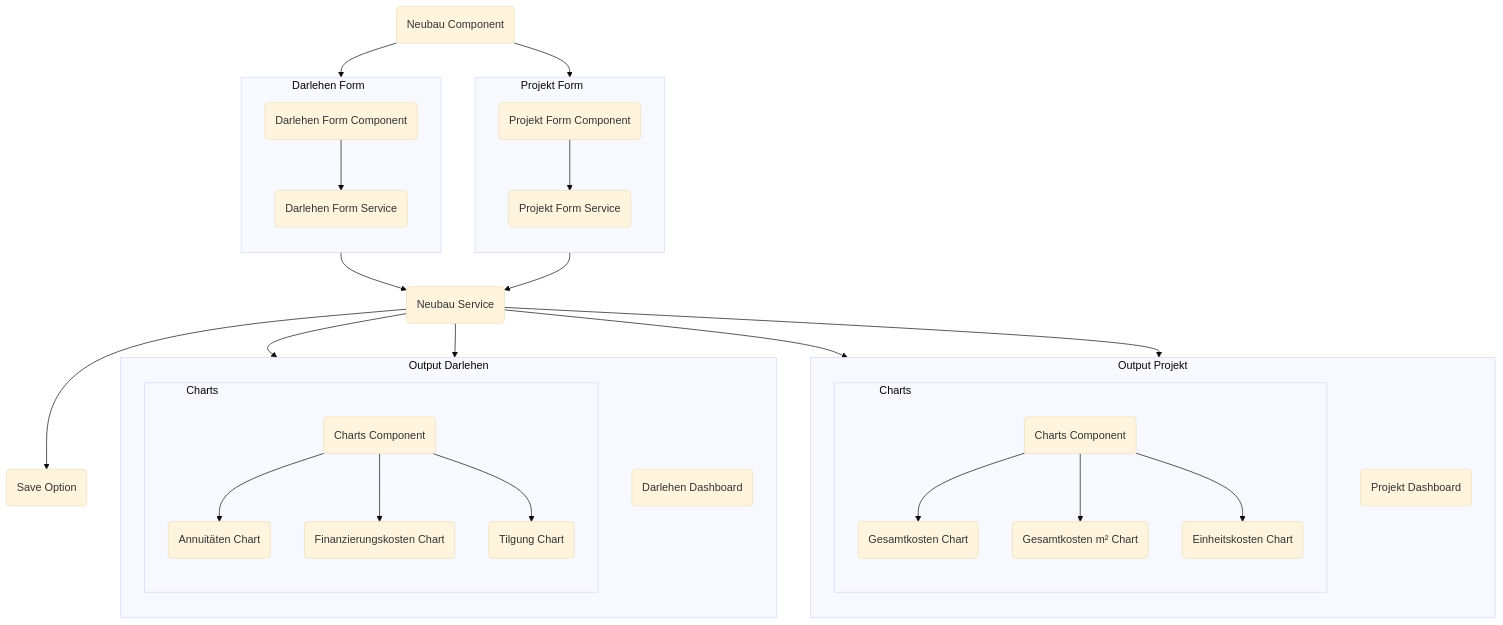
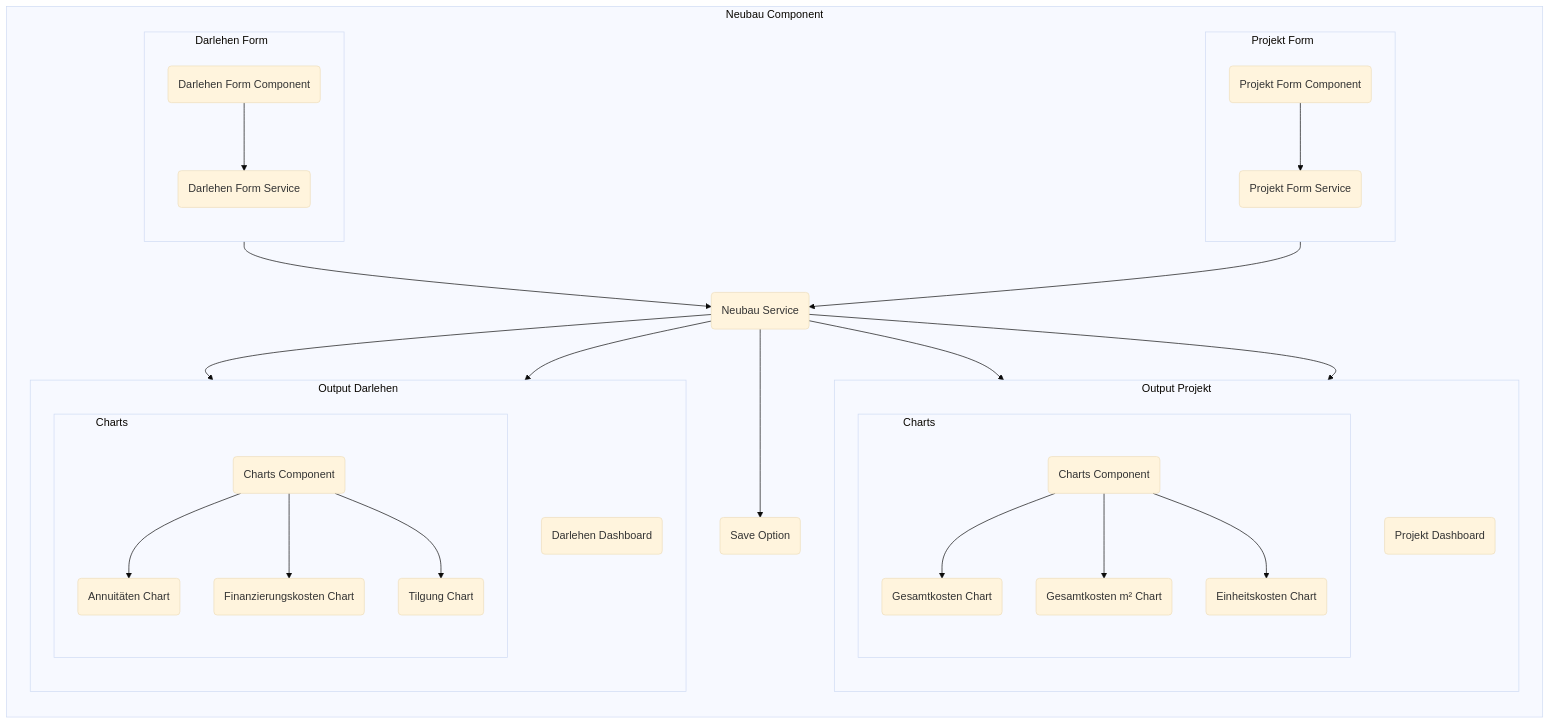
Before and after one commit to build-systems/toolbox: the second of 2 diagrams in README.md, drawn with Mermaid (base theme).

````diff
--- a/README.md
+++ b/README.md
@@ -138,67 +138,77 @@
 ```mermaid
 %%{ init: { 'flowchart': { 'curve': 'base' } } }%%
 flowchart TB
-	NC(Neubau Component) --> NPFC(Projekt Form Component) & NDFC(Darlehen Form Component)
-		subgraph NPF[Projekt Form]
-			direction TB
-			NPFC --> NPFS(Projekt Form Service)
-		end
 
-		subgraph NDF[Darlehen Form]
-			direction TB
-			NDFC --> NDFS(Darlehen Form Service)
-		end
+  subgraph NC[Neubau Component]
+    direction TB
+    NPF
+    NDF
+    NPOUT
+    NDOUT
+    NSV
+    NS
+  end
+
+  subgraph NPF[Projekt Form]
+    direction TB
+    NPFC(Projekt Form Component) --> NPFS(Projekt Form Service)
+  end
+
+  subgraph NDF[Darlehen Form]
+    direction TB
+    NDFC(Darlehen Form Component) --> NDFS(Darlehen Form Service)
+  end
 	NDFS --> NS(Neubau Service)
 	
 	NPFS --> NS
 	NS --> NPD(Projekt Dashboard)
 	NS-->NPCHC(Charts Component)
 	NPCHC-->NCHG(Gesamtkosten Chart)
 	NPCHC-->NCHG2(Gesamtkosten m² Chart)
 	NPCHC-->NCHE(Einheitskosten Chart)
 	
 	subgraph NPCH[Charts]
 		direction TB
 		NPCHC
 		NCHG
 		NCHG2
 		NCHE
 	end
 	
 	subgraph NPOUT[Output Projekt]
 		direction TB
 		NPD
 		NPCH
 	end
 	
 	NS-->NDD(Darlehen Dashboard)
 	NS-->NDCHC(Charts Component)
 	NDCHC-->NCHA(Annuitäten Chart)
 	NDCHC-->NCHF(Finanzierungskosten Chart)
 	NDCHC-->NCHT(Tilgung Chart)
 	subgraph NDOUT[Output Darlehen]
 		direction TB
 		NDD
 		NDCH
 	end
 	
 	subgraph NDCH[Charts]
 		direction TB
 		NDCHC
 		NCHA
 		NCHF
 		NCHT
 	end
 	
 	NS-->NSV(Save Option)
 
 	NPF:::paddingNPF
 	NDF:::paddingNDF
 	NPCH:::paddingNPCH
 	NDCH:::paddingNDCH
 	NDOUT:::paddingNDOUT
 	classDef paddingNDCH padding-right:34em;
 	classDef paddingNPCH padding-right:37em;
 	classDef paddingNPF padding-right:9em;
 	classDef paddingNDF padding-right:9em;
 ```
````
